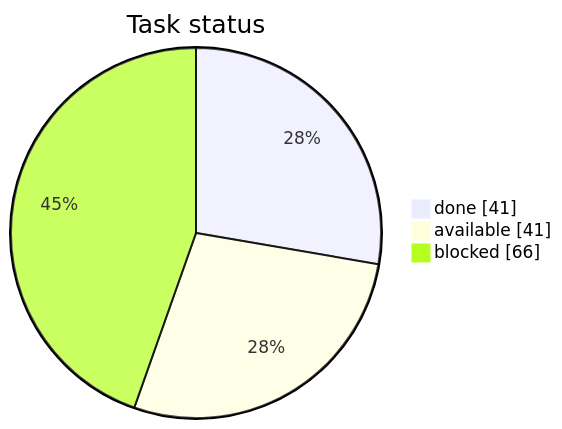
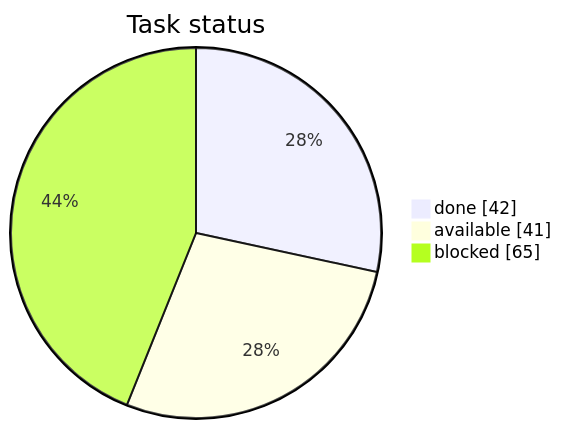
Before and after one commit to artemiiShabanov/RallyRivals: the first of 3 diagrams in STATUS.md, drawn with Mermaid. The commit also changed other lines of this file and 3 other files, not shown here.

````diff
--- a/STATUS.md
+++ b/STATUS.md
@@ -7,7 +7,7 @@
 ```mermaid
 pie showData
     title Task status
-    "done" : 41
+    "done" : 42
     "available" : 41
-    "blocked" : 66
+    "blocked" : 65
 ```
````
